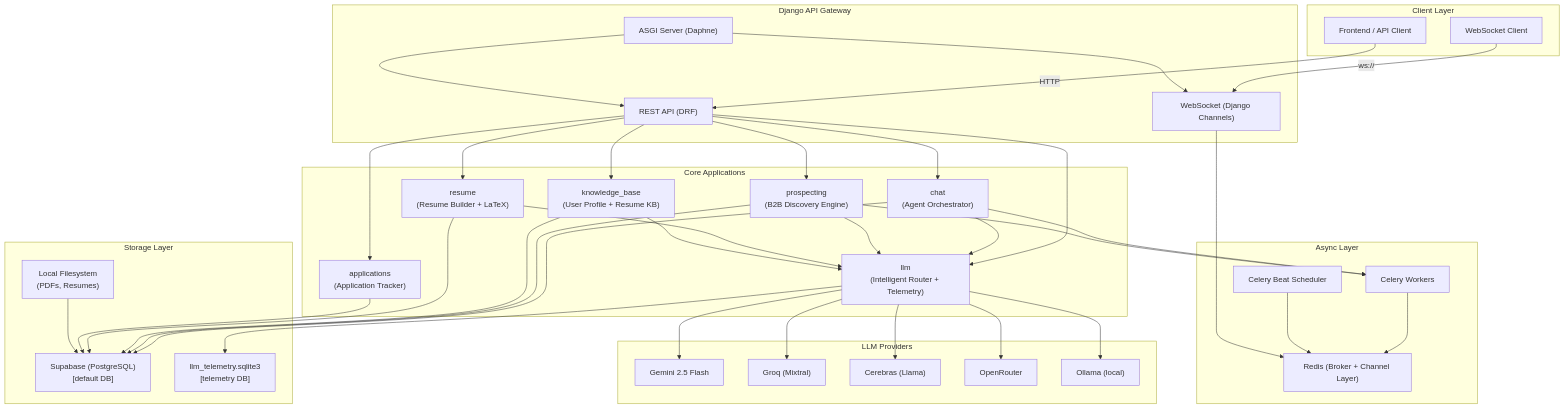
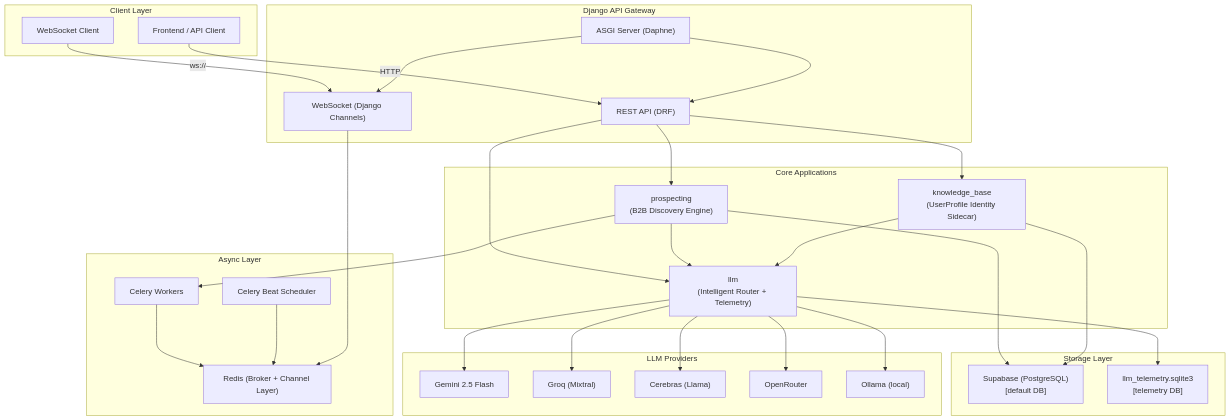
One commit to Ingenuity07/nomad-bot changed the first of 11 diagrams in README.md. Above: the diagram before and after it, drawn with Mermaid. The commit also changed other lines of this file, not shown here.

Commit message:
docs: update README.md to reflect prospecting-only architecture

````diff
--- a/README.md
+++ b/README.md
@@ -180,79 +161,65 @@
 ```mermaid
 graph TB
     subgraph Client["Client Layer"]
         FE["Frontend / API Client"]
         WS["WebSocket Client"]
     end
 
     subgraph Gateway["Django API Gateway"]
         ASGI["ASGI Server (Daphne)"]
         REST["REST API (DRF)"]
         WSS["WebSocket (Django Channels)"]
     end
 
     subgraph Core["Core Applications"]
-        CHAT["chat\n(Agent Orchestrator)"]
         PROSP["prospecting\n(B2B Discovery Engine)"]
         LLM["llm\n(Intelligent Router + Telemetry)"]
-        KB["knowledge_base\n(User Profile + Resume KB)"]
-        RESUME["resume\n(Resume Builder + LaTeX)"]
-        APPS["applications\n(Application Tracker)"]
+        KB["knowledge_base\n(UserProfile Identity Sidecar)"]
     end
 
     subgraph Async["Async Layer"]
         CELERY["Celery Workers"]
         BEAT["Celery Beat Scheduler"]
         REDIS["Redis (Broker + Channel Layer)"]
     end
 
     subgraph Storage["Storage Layer"]
         SUPA["Supabase (PostgreSQL)\n[default DB]"]
         SQLITE["llm_telemetry.sqlite3\n[telemetry DB]"]
-        FS["Local Filesystem\n(PDFs, Resumes)"]
     end
 
     subgraph LLMProviders["LLM Providers"]
         GEMINI["Gemini 2.5 Flash"]
         GROQ["Groq (Mixtral)"]
         CEREBRAS["Cerebras (Llama)"]
         OPENROUTER["OpenRouter"]
         OLLAMA["Ollama (local)"]
     end
 
     FE -->|HTTP| REST
     WS -->|ws://| WSS
     ASGI --> REST
     ASGI --> WSS
 
-    REST --> CHAT
     REST --> PROSP
     REST --> KB
-    REST --> RESUME
-    REST --> APPS
     REST --> LLM
 
-    CHAT --> LLM
     PROSP --> LLM
-    RESUME --> LLM
     KB --> LLM
 
-    CHAT --> CELERY
     PROSP --> CELERY
     CELERY --> REDIS
     BEAT --> REDIS
     WSS --> REDIS
 
     LLM --> GEMINI
     LLM --> GROQ
     LLM --> CEREBRAS
     LLM --> OPENROUTER
     LLM --> OLLAMA
 
     LLM --> SQLITE
-    CHAT --> SUPA
     PROSP --> SUPA
     KB --> SUPA
-    RESUME --> SUPA
-    APPS --> SUPA
-    FS --> SUPA
 ```
````
